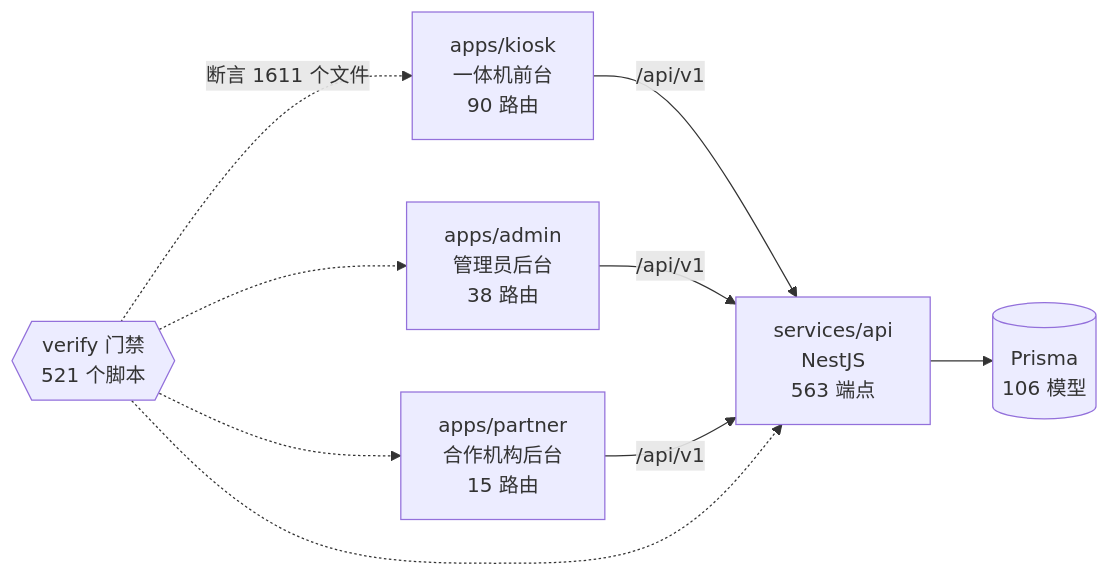
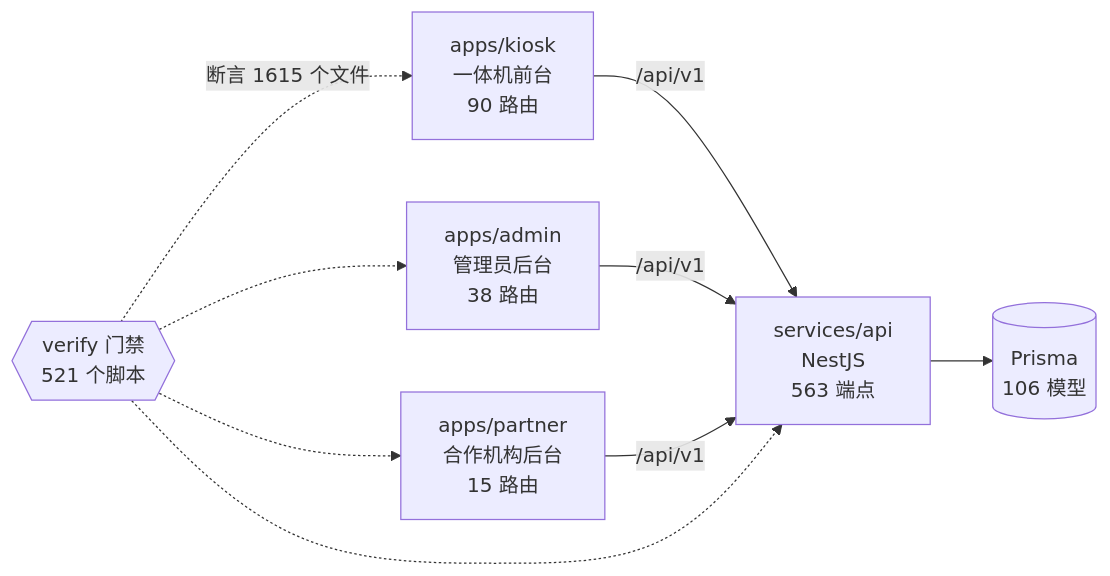
Before and after one commit to wanglei581/YITIJI: the diagram in docs/graph/README.md, drawn with Mermaid. The commit also changed other lines of this file and 3 other files, not shown here.

````diff
--- a/docs/graph/README.md
+++ b/docs/graph/README.md
@@ -68,18 +68,18 @@
 ```mermaid
 flowchart LR
   kiosk["apps/kiosk<br/>一体机前台<br/>90 路由"]
   admin["apps/admin<br/>管理员后台<br/>38 路由"]
   partner["apps/partner<br/>合作机构后台<br/>15 路由"]
   api["services/api<br/>NestJS<br/>563 端点"]
   db[("Prisma<br/>106 模型")]
   gates{{"verify 门禁<br/>521 个脚本"}}
 
   kiosk -->|"/api/v1"| api
   admin -->|"/api/v1"| api
   partner -->|"/api/v1"| api
   api --> db
-  gates -.->|"断言 1611 个文件"| kiosk
+  gates -.->|"断言 1615 个文件"| kiosk
   gates -.-> admin
   gates -.-> partner
   gates -.-> api
 ```
````
